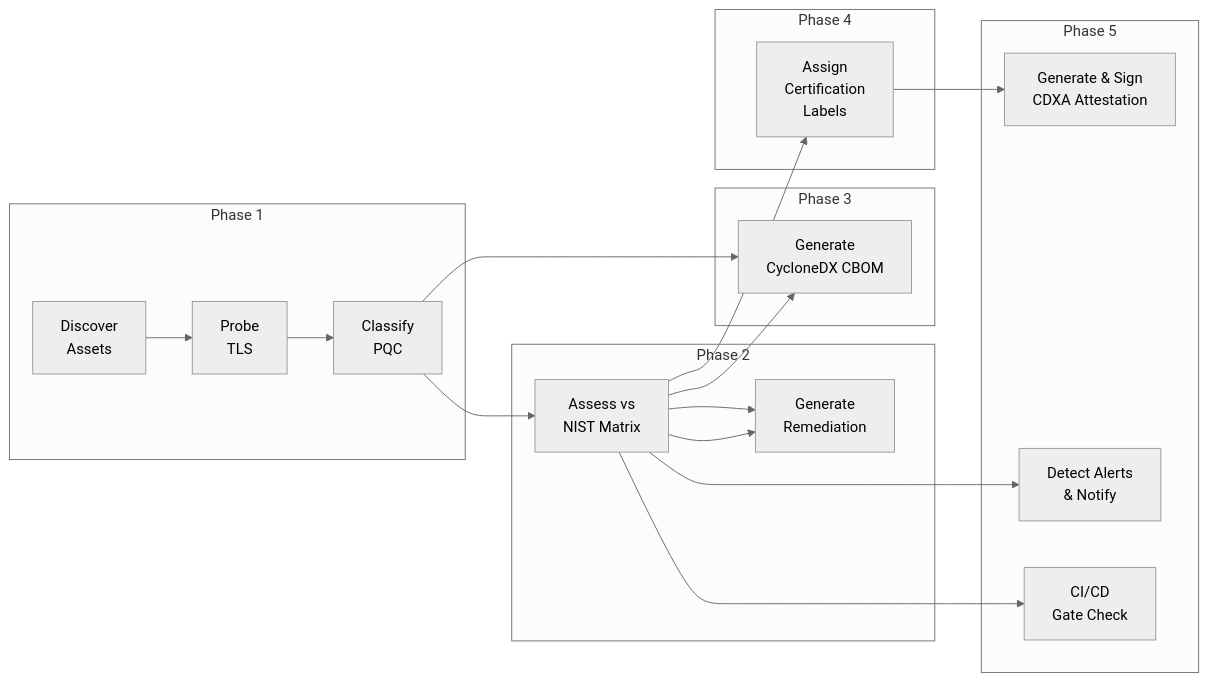
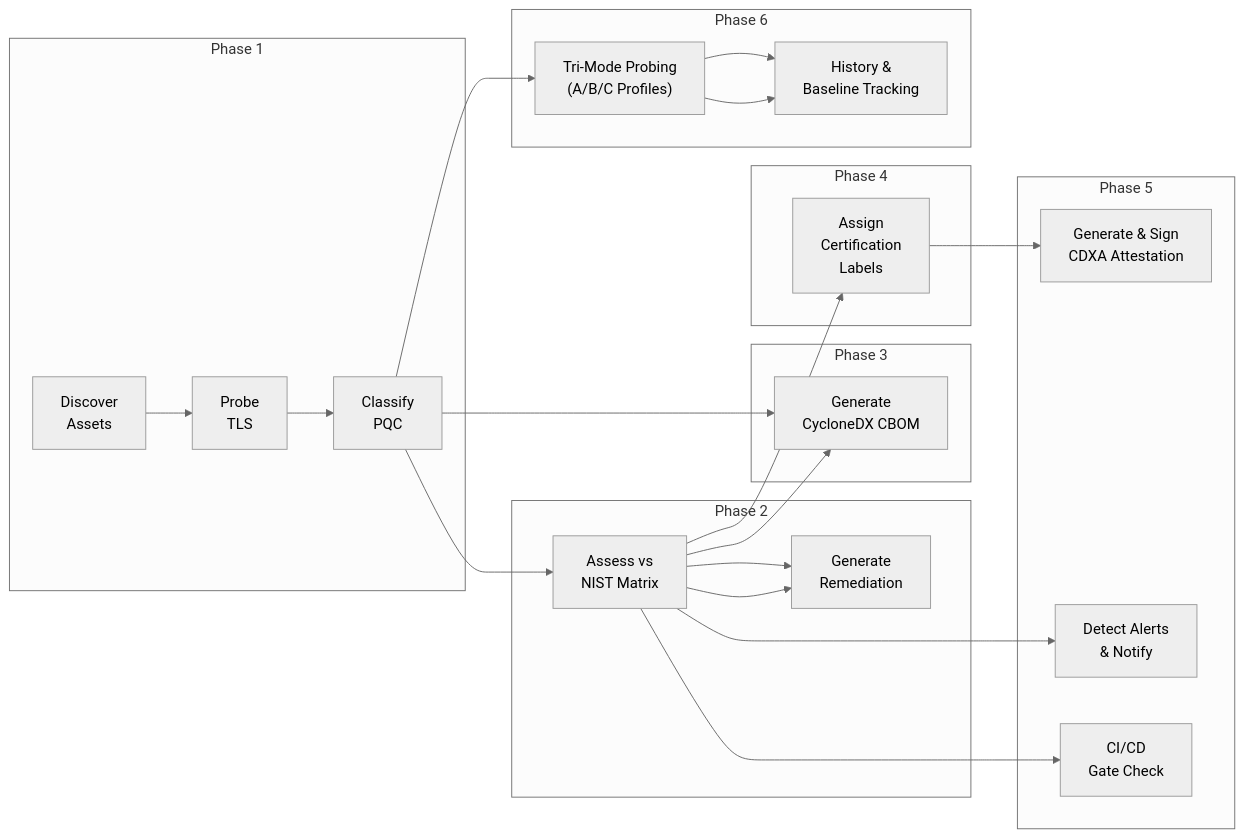
Before and after one commit to Aniket03052006/PNB: the eighth of 8 diagrams in README.md, drawn with Mermaid (neutral theme). The commit also changed other lines of this file and 5 other files, not shown here.

````diff
--- a/README.md
+++ b/README.md
@@ -813,33 +833,39 @@
 ```mermaid
 graph LR
     subgraph "Phase 1"
         A1["Discover<br/>Assets"] --> A2["Probe<br/>TLS"] --> A3["Classify<br/>PQC"]
     end
 
     subgraph "Phase 2"
         B1["Assess vs<br/>NIST Matrix"] --> B2["Generate<br/>Remediation"]
     end
 
     subgraph "Phase 3"
         C1["Generate<br/>CycloneDX CBOM"]
     end
 
     subgraph "Phase 4"
         D1["Assign<br/>Certification<br/>Labels"]
     end
 
     subgraph "Phase 5"
         E1["Generate & Sign<br/>CDXA Attestation"]
         E2["Detect Alerts<br/>& Notify"]
         E3["CI/CD<br/>Gate Check"]
     end
 
+    subgraph "Phase 6"
+        F1["Tri-Mode Probing<br/>(A/B/C Profiles)"] --> F2["History &<br/>Baseline Tracking"]
+    end
+
     A3 --> B1
     A3 --> C1
     B1 --> B2
     B1 --> D1
     B1 --> C1
     D1 --> E1
     B1 --> E2
     B1 --> E3
+    A3 --> F1
+    F1 --> F2
 ```
````
